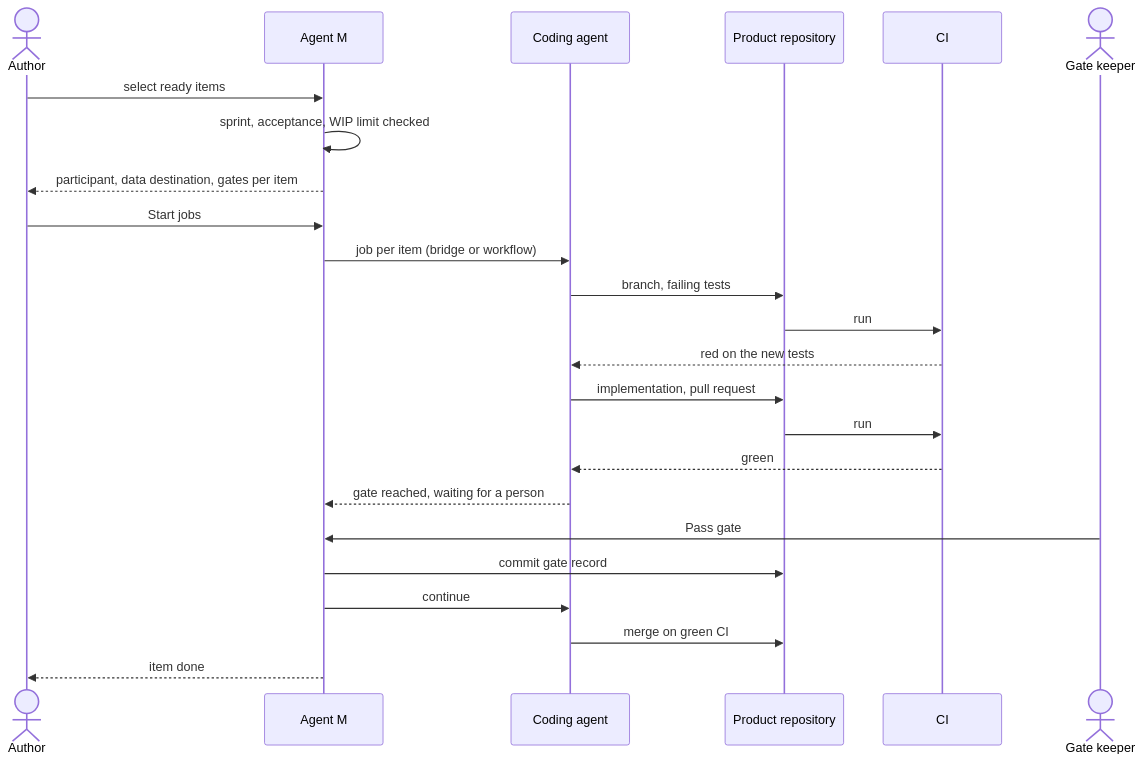
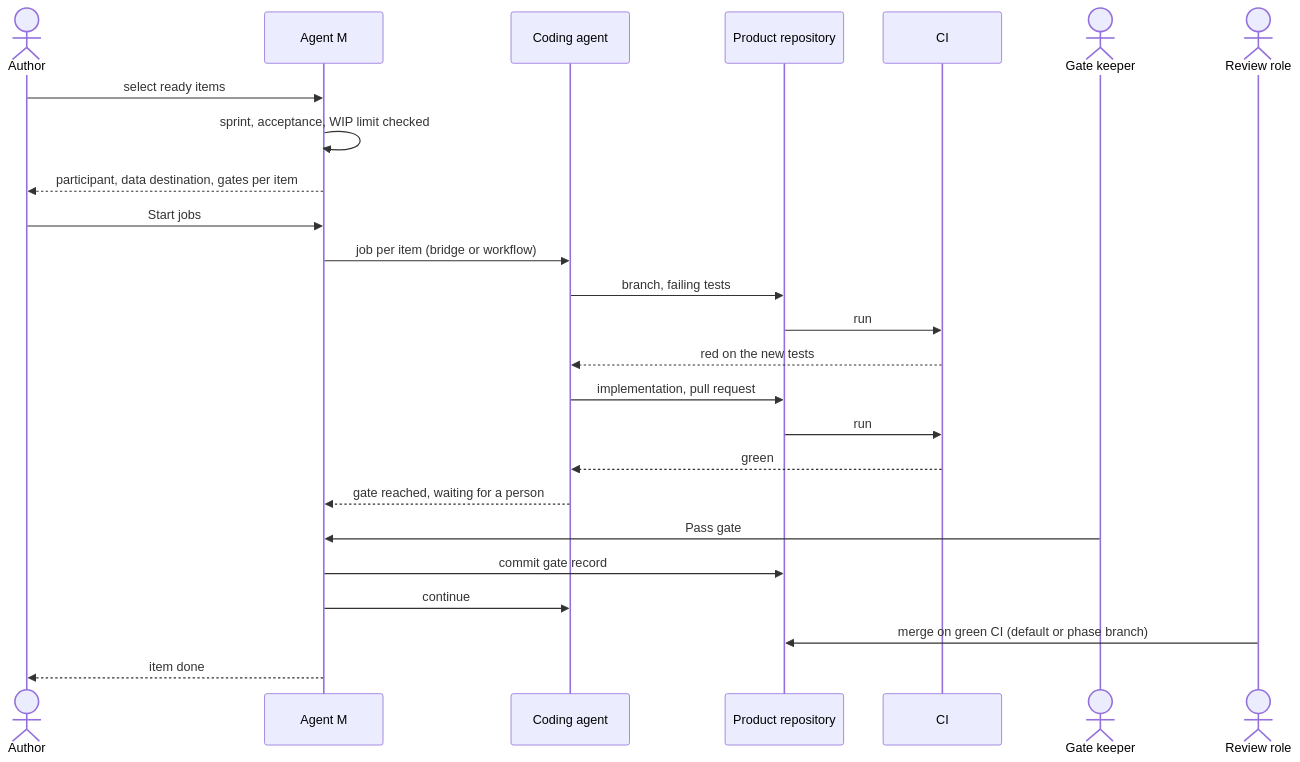
The diagram in docs/use-cases/UC-034-implement-backlog-items-with-a-coding-agent.md (akmaier/agent-m), drawn with Mermaid before and after one commit. The commit also changed other lines of this file and 30 other files, not shown here.

````diff
--- a/docs/use-cases/UC-034-implement-backlog-items-with-a-coding-agent.md
+++ b/docs/use-cases/UC-034-implement-backlog-items-with-a-coding-agent.md
@@ -100,26 +108,27 @@
 ```mermaid
 sequenceDiagram
     actor A as Author
     participant M as Agent M
     participant C as Coding agent
     participant G as Product repository
     participant CI as CI
     actor K as Gate keeper
+    actor R as Review role
     A->>M: select ready items
     M->>M: sprint, acceptance, WIP limit checked
     M-->>A: participant, data destination, gates per item
     A->>M: Start jobs
     M->>C: job per item (bridge or workflow)
     C->>G: branch, failing tests
     G->>CI: run
     CI-->>C: red on the new tests
     C->>G: implementation, pull request
     G->>CI: run
     CI-->>C: green
     C-->>M: gate reached, waiting for a person
     K->>M: Pass gate
     M->>G: commit gate record
     M->>C: continue
-    C->>G: merge on green CI
+    R->>G: merge on green CI (default or phase branch)
     M-->>A: item done
 ```
````
